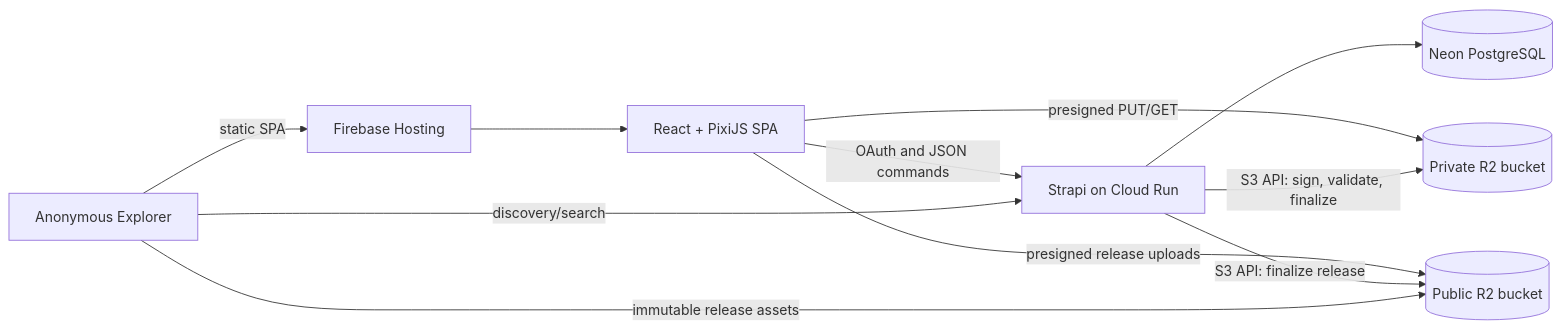
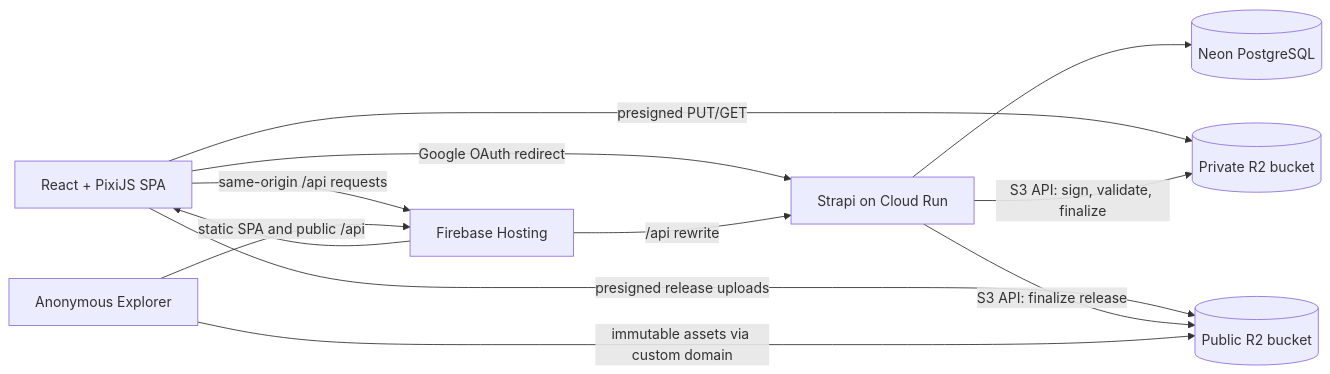
Before and after one commit to ssuish/fantasy-map-builder: the diagram in docs/technical-design.md, drawn with Mermaid. The commit also changed other lines of this file and 15 other files, not shown here.

````diff
--- a/docs/technical-design.md
+++ b/docs/technical-design.md
@@ -23,13 +22,14 @@
 ```mermaid
 flowchart LR
-    Browser[React + PixiJS SPA] -->|OAuth and JSON commands| Strapi[Strapi on Cloud Run]
+    Browser[React + PixiJS SPA] -->|same-origin /api requests| Hosting[Firebase Hosting]
+    Browser -->|Google OAuth redirect| Strapi[Strapi on Cloud Run]
+    Hosting -->|/api rewrite| Strapi
     Browser -->|presigned PUT/GET| PrivateR2[(Private R2 bucket)]
     Browser -->|presigned release uploads| PublicR2[(Public R2 bucket)]
     Strapi --> Neon[(Neon PostgreSQL)]
     Strapi -->|S3 API: sign, validate, finalize| PrivateR2
     Strapi -->|S3 API: finalize release| PublicR2
-    Explorer[Anonymous Explorer] -->|static SPA| Hosting[Firebase Hosting]
-    Explorer -->|immutable release assets| PublicR2
-    Explorer -->|discovery/search| Strapi
+    Explorer[Anonymous Explorer] -->|static SPA and public /api| Hosting
+    Explorer -->|immutable assets via custom domain| PublicR2
     Hosting --> Browser
 ```
````
